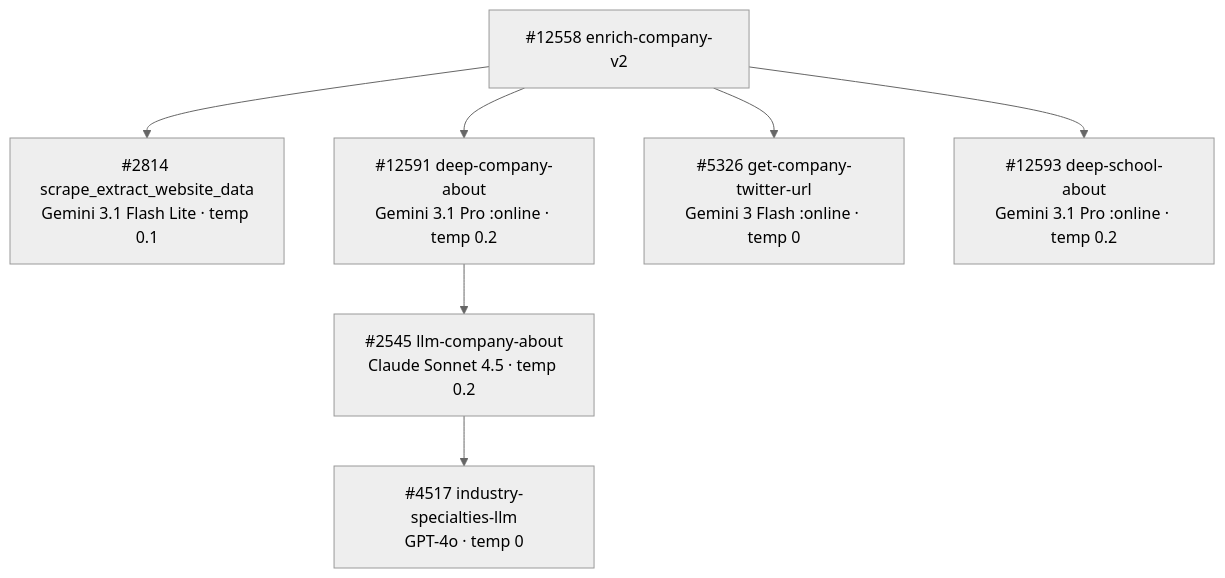
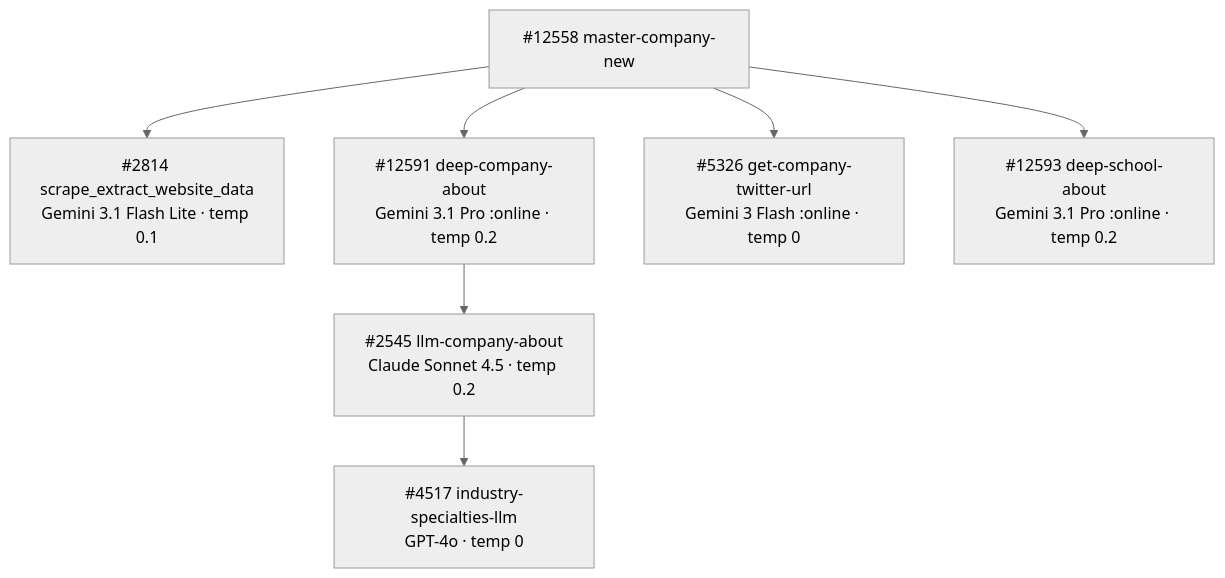
One commit to M-Pederson/docs changed the diagram in guides/enrichment/company-pipeline/model-summary.mdx. Above: the diagram before and after it, drawn with Mermaid (neutral theme). The commit also changed 1 other file, not shown here.

Commit message:
docs(model-summary): label #12558 consistently as master-company-new
Two Pipeline Call Chain diagrams tagged #12558 with stale names
(run-base-company-enrich, enrich-company-v2). The id is authoritative —
#12558 is mvp/get-add/master-company-new — so both now read
"#12558 master-company-new".

````diff
--- a/guides/enrichment/company-pipeline/model-summary.mdx
+++ b/guides/enrichment/company-pipeline/model-summary.mdx
@@ -85,9 +85,9 @@
 ```mermaid
 graph TD
-    A["#12558 enrich-company-v2"] --> B["#2814 scrape_extract_website_data<br/>Gemini 3.1 Flash Lite · temp 0.1"]
+    A["#12558 master-company-new"] --> B["#2814 scrape_extract_website_data<br/>Gemini 3.1 Flash Lite · temp 0.1"]
     A --> C["#12591 deep-company-about<br/>Gemini 3.1 Pro :online · temp 0.2"]
     A --> D["#5326 get-company-twitter-url<br/>Gemini 3 Flash :online · temp 0"]
     A --> F["#12593 deep-school-about<br/>Gemini 3.1 Pro :online · temp 0.2"]
     C --> G["#2545 llm-company-about<br/>Claude Sonnet 4.5 · temp 0.2"]
     G --> H["#4517 industry-specialties-llm<br/>GPT-4o · temp 0"]
 ```
````
